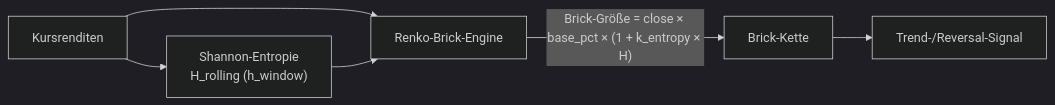
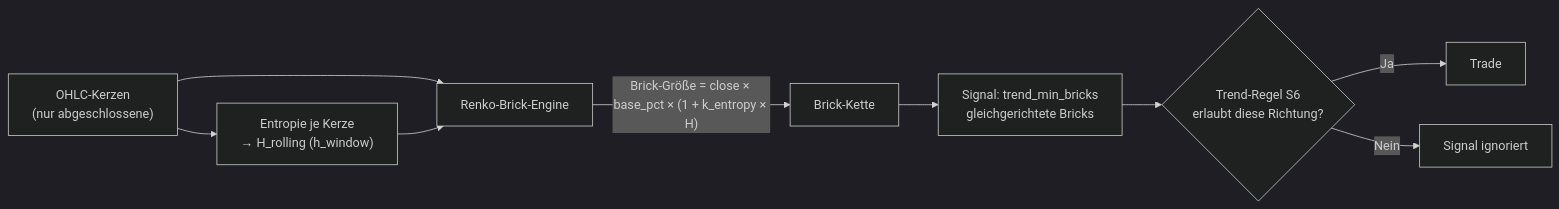
The first of 8 diagrams in README.md (Youra82/zerobot), drawn with Mermaid (dark theme) before and after one commit. The commit also changed other lines of this file and 4 other files, not shown here.

First line of the commit message:
README komplett aktualisiert: Trend-Regel S6, echte Live-Logik, neue Grafiken

````diff
--- a/README.md
+++ b/README.md
@@ -83,8 +90,11 @@
 ```mermaid
 flowchart LR
-    P["Kursrenditen"] --> H["Shannon-Entropie<br/>H_rolling (h_window)"]
+    P["OHLC-Kerzen<br/>(nur abgeschlossene)"] --> H["Entropie je Kerze<br/>→ H_rolling (h_window)"]
     P --> B["Renko-Brick-Engine"]
     H --> B
     B -->|"Brick-Größe = close × base_pct × (1 + k_entropy × H)"| S["Brick-Kette"]
-    S --> SIG["Trend-/Reversal-Signal"]
+    S --> SIG["Signal: trend_min_bricks<br/>gleichgerichtete Bricks"]
+    SIG --> RF{"Trend-Regel S6<br/>erlaubt diese Richtung?"}
+    RF -- Ja --> T["Trade"]
+    RF -- Nein --> X["Signal ignoriert"]
 ```
````
